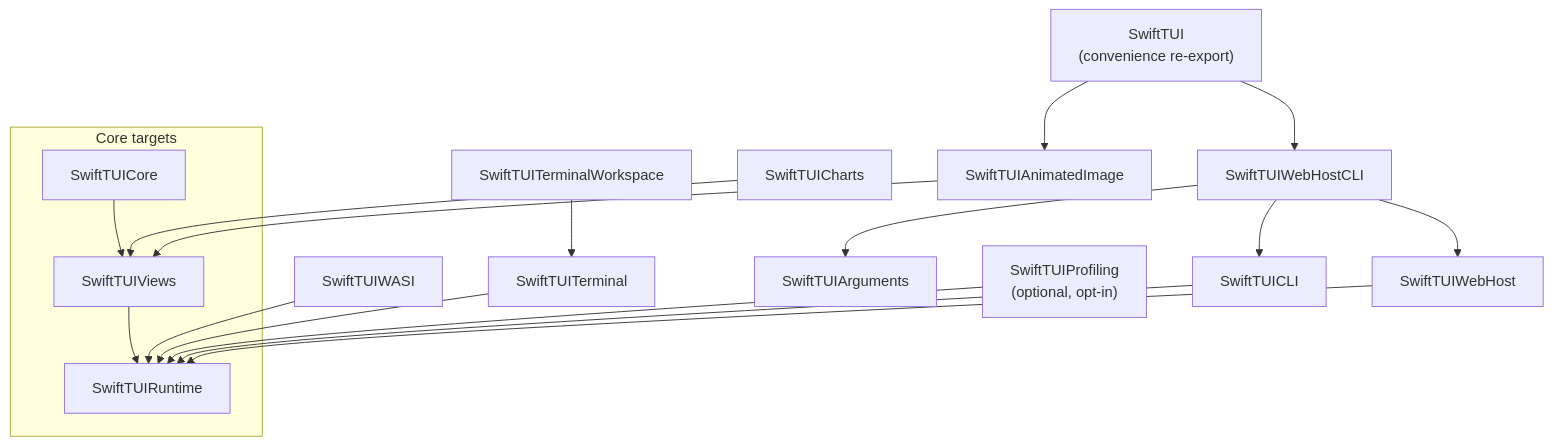
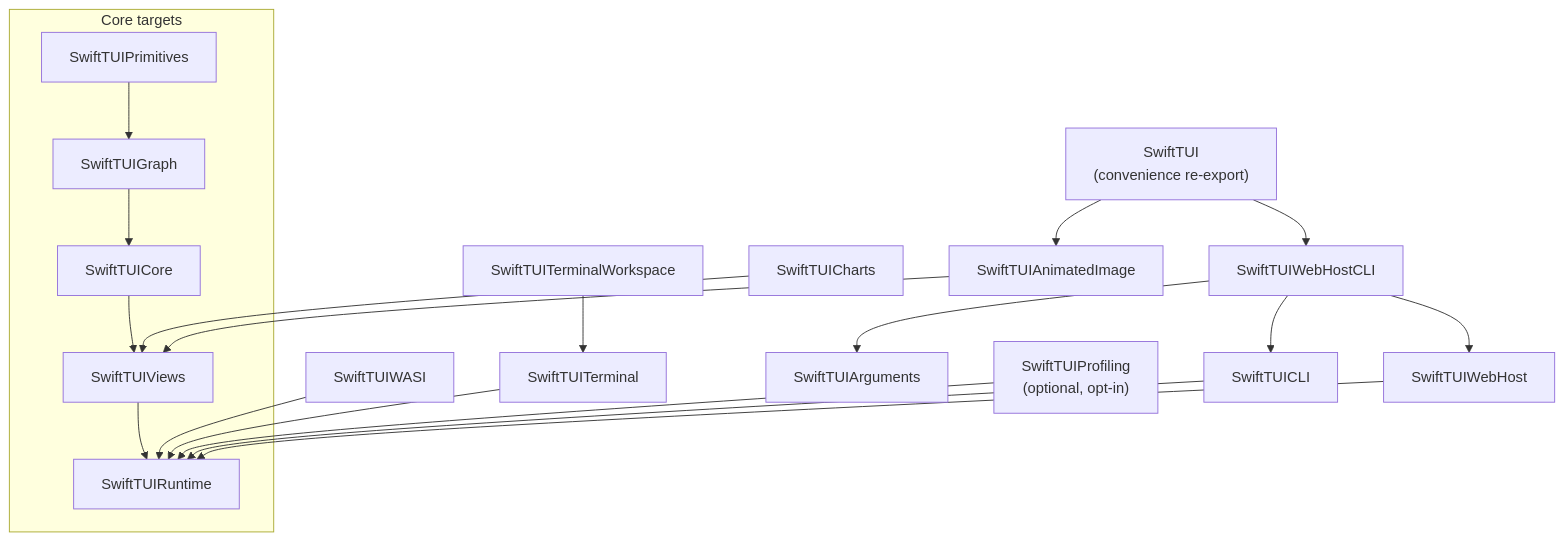
Before and after one commit to SwiftTUI/swift-tui: the second of 2 diagrams in docs/ARCHITECTURE.md, drawn with Mermaid. The commit also changed other lines of this file and 3 other files, not shown here.

First line of the commit message:
docs: describe the SwiftTUIPrimitives/SwiftTUIGraph/SwiftTUICore split (Phase 3)

````diff
--- a/docs/ARCHITECTURE.md
+++ b/docs/ARCHITECTURE.md
@@ -42,27 +43,31 @@
 ```mermaid
 flowchart TD
     subgraph engine["Core targets"]
+        SwiftTUIPrimitives
+        SwiftTUIGraph
         SwiftTUICore
         SwiftTUIViews
         SwiftTUIRuntime
     end
+    SwiftTUIPrimitives --> SwiftTUIGraph
+    SwiftTUIGraph --> SwiftTUICore
     SwiftTUICore --> SwiftTUIViews
     SwiftTUIViews --> SwiftTUIRuntime
 
     SwiftTUIArguments
     SwiftTUICLI --> SwiftTUIRuntime
     SwiftTUI["SwiftTUI<br/>(convenience re-export)"]
     SwiftTUI --> SwiftTUIWebHostCLI
     SwiftTUI --> SwiftTUIAnimatedImage
 
     SwiftTUIWASI --> SwiftTUIRuntime
     SwiftTUIWebHost --> SwiftTUIRuntime
     SwiftTUIWebHostCLI --> SwiftTUIWebHost
     SwiftTUIWebHostCLI --> SwiftTUICLI
     SwiftTUIWebHostCLI --> SwiftTUIArguments
     SwiftTUITerminal --> SwiftTUIRuntime
     SwiftTUITerminalWorkspace --> SwiftTUITerminal
     SwiftTUICharts --> SwiftTUIViews
     SwiftTUIAnimatedImage --> SwiftTUIViews
     SwiftTUIProfiling["SwiftTUIProfiling<br/>(optional, opt-in)"] --> SwiftTUIRuntime
 ```
````
